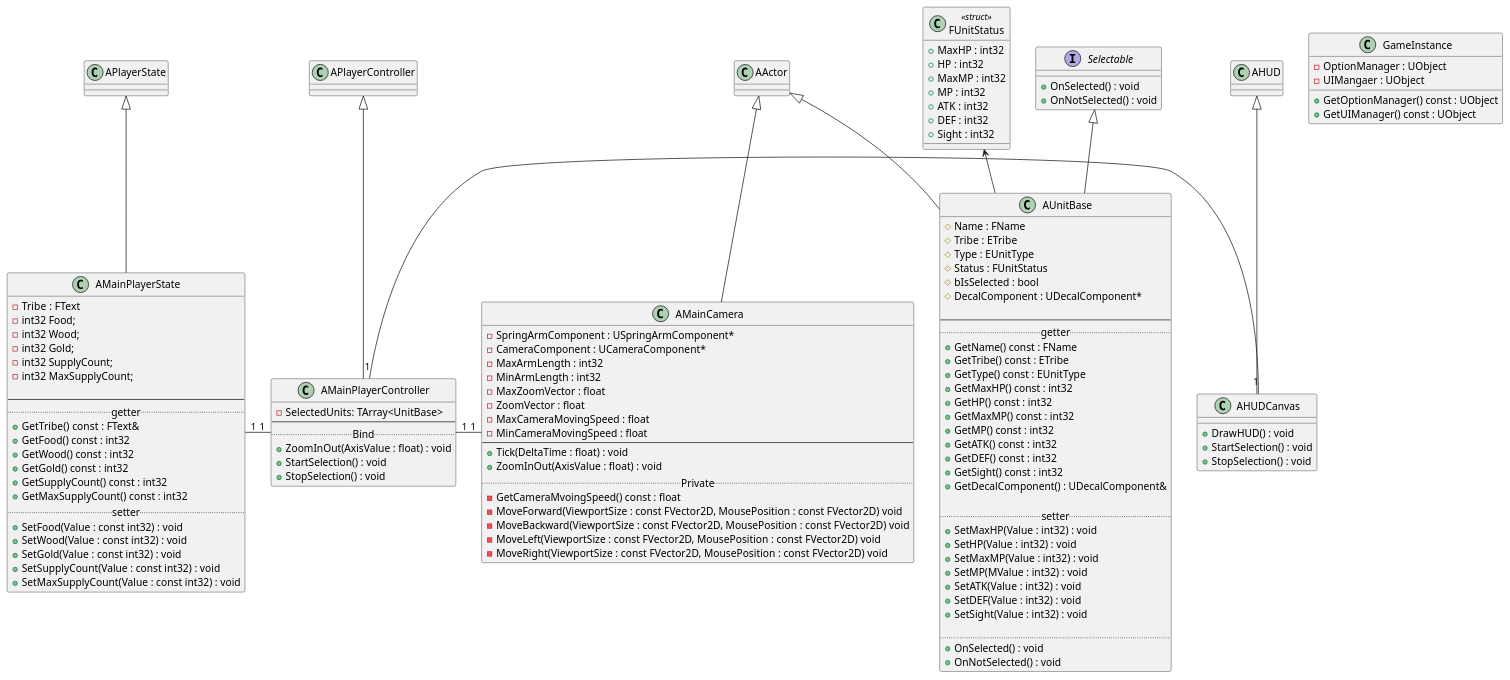
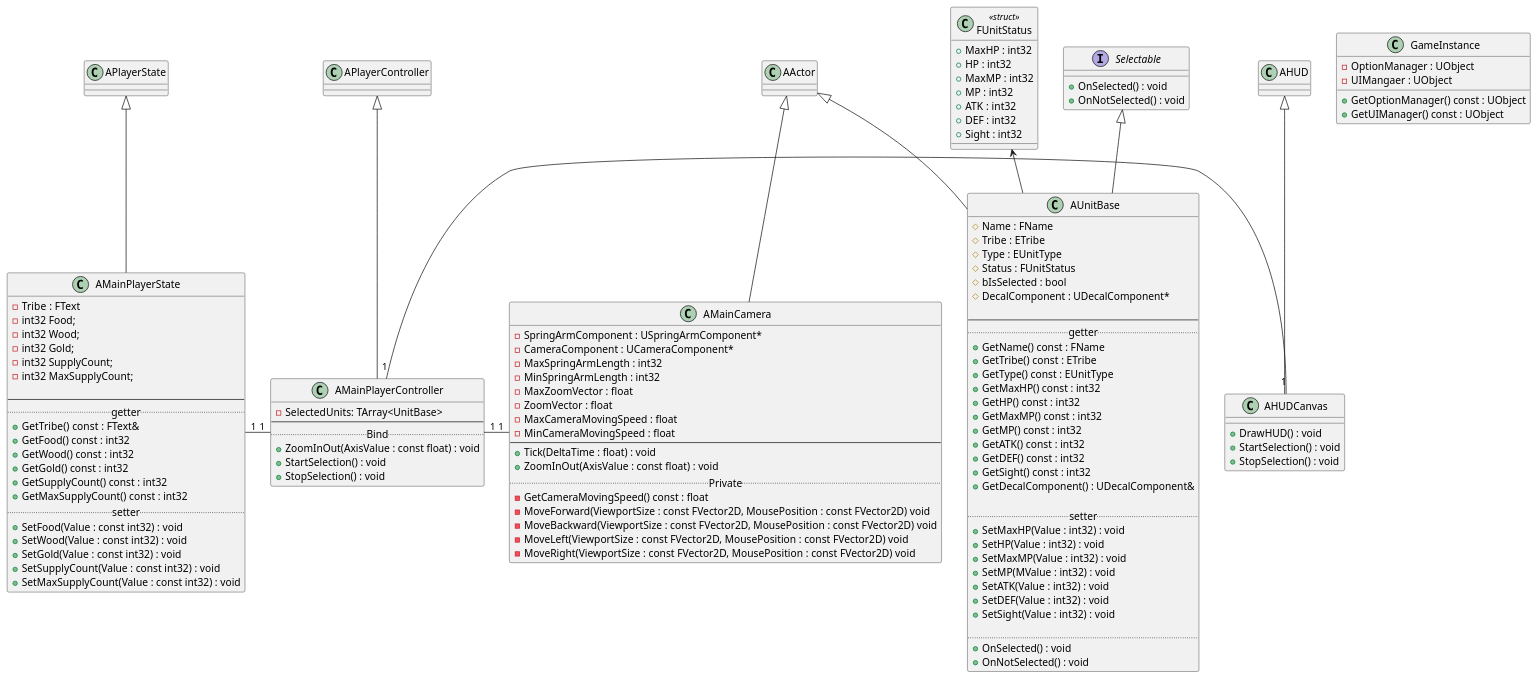
The diagram in Doument/ClassUML.puml (WorkingMirMir/RTS), drawn with PlantUML before and after one commit. The commit also changed 7 other files, not shown here.

```diff
--- a/Doument/ClassUML.puml
+++ b/Doument/ClassUML.puml
@@ -2,140 +2,140 @@
 @startuml ClassUML
 
 class GameInstance
 {
     -OptionManager : UObject
     -UIMangaer : UObject
 
     +GetOptionManager() const : UObject
     +GetUIManager() const : UObject
 }
 
 class AHUDCanvas
 {
     +DrawHUD() : void
     +StartSelection() : void
     +StopSelection() : void
 }
 
 class AMainPlayerController
 {
     -SelectedUnits: TArray<UnitBase>
     --
     .. Bind ..
-    +ZoomInOut(AxisValue : float) : void
+    +ZoomInOut(AxisValue : const float) : void
     +StartSelection() : void
     +StopSelection() : void
 }
 
 class AMainCamera 
 {
     -SpringArmComponent : USpringArmComponent*
     -CameraComponent : UCameraComponent*
-    -MaxArmLength : int32
-    -MinArmLength : int32
+    -MaxSpringArmLength : int32
+    -MinSpringArmLength : int32
     -MaxZoomVector : float
     -ZoomVector : float
     -MaxCameraMovingSpeed : float
     -MinCameraMovingSpeed : float
     --
     +Tick(DeltaTime : float) : void
-    +ZoomInOut(AxisValue : float) : void
+    +ZoomInOut(AxisValue : const float) : void
     .. Private ..
-    -GetCameraMvoingSpeed() const : float
+    -GetCameraMovingSpeed() const : float
     -MoveForward(ViewportSize : const FVector2D, MousePosition : const FVector2D) void
     -MoveBackward(ViewportSize : const FVector2D, MousePosition : const FVector2D) void
     -MoveLeft(ViewportSize : const FVector2D, MousePosition : const FVector2D) void
     -MoveRight(ViewportSize : const FVector2D, MousePosition : const FVector2D) void
 }
 
 class AMainPlayerState
 {
     -Tribe : FText
     -int32 Food;
     -int32 Wood;
     -int32 Gold;
     -int32 SupplyCount;
     -int32 MaxSupplyCount;
 
     --
     .. getter ..
     +GetTribe() const : FText&
     +GetFood() const : int32
     +GetWood() const : int32
     +GetGold() const : int32
     +GetSupplyCount() const : int32
     +GetMaxSupplyCount() const : int32
     .. setter ..
     +SetFood(Value : const int32) : void
     +SetWood(Value : const int32) : void
     +SetGold(Value : const int32) : void
     +SetSupplyCount(Value : const int32) : void
     +SetMaxSupplyCount(Value : const int32) : void
 }
 
 class FUnitStatus <<struct>>
 {
     +MaxHP : int32
     +HP : int32
     +MaxMP : int32
     +MP : int32
     +ATK : int32
     +DEF : int32
     +Sight : int32
 }
 
 interface Selectable
 {
     +OnSelected() : void
     +OnNotSelected() : void
 }
 
 class AUnitBase
 {
     #Name : FName
     #Tribe : ETribe
     #Type : EUnitType
     #Status : FUnitStatus
     #bIsSelected : bool
     #DecalComponent : UDecalComponent*
 
     --
     .. getter ..
     +GetName() const : FName
     +GetTribe() const : ETribe
     +GetType() const : EUnitType
     +GetMaxHP() const : int32
     +GetHP() const : int32
     +GetMaxMP() const : int32
     +GetMP() const : int32
     +GetATK() const : int32
     +GetDEF() const : int32
     +GetSight() const : int32
     +GetDecalComponent() : UDecalComponent&
 
     ..setter..
     +SetMaxHP(Value : int32) : void
     +SetHP(Value : int32) : void
     +SetMaxMP(Value : int32) : void
     +SetMP(MValue : int32) : void
     +SetATK(Value : int32) : void
     +SetDEF(Value : int32) : void
     +SetSight(Value : int32) : void
     
     ..
     +OnSelected() : void
     +OnNotSelected() : void
 }
 
 AHUD <|-- AHUDCanvas
 AActor <|-- AMainCamera
 AActor <|-- AUnitBase
 Selectable <|-- AUnitBase
 FUnitStatus <-- AUnitBase
 APlayerController <|-- AMainPlayerController
 APlayerState <|-- AMainPlayerState
 AMainPlayerState "1" - "1" AMainPlayerController
 AMainPlayerController "1" - "1" AMainCamera
 AMainPlayerController "1" - "1" AHUDCanvas
 
 @enduml
```
